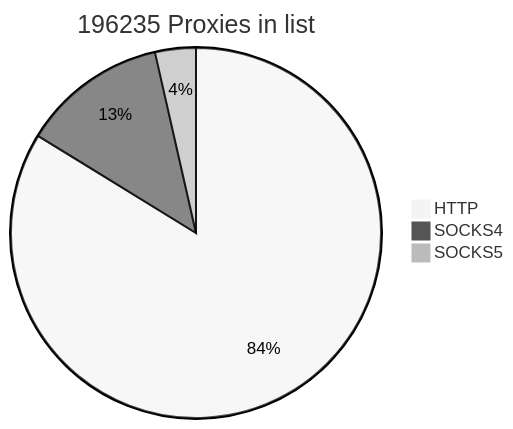
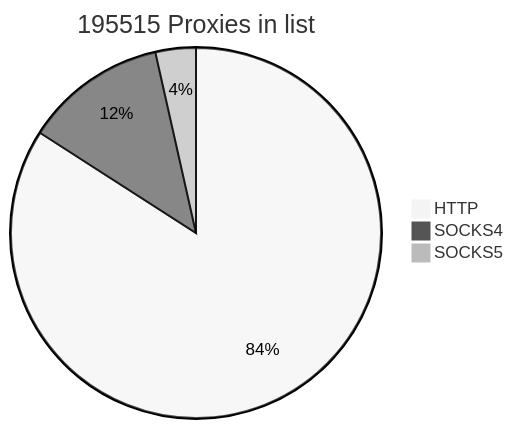
One commit to cutipu/proxylist changed the first of 2 diagrams in README.md. Above: the diagram before and after it, drawn with Mermaid (neutral theme). The commit also changed other lines of this file, not shown here.

````diff
--- a/README.md
+++ b/README.md
@@ -2,7 +2,7 @@
 ```mermaid
-pie title 196235 Proxies in list
-    "HTTP" : 164401
-    "SOCKS4" : 24853
-    "SOCKS5" : 6981
+pie title 195515 Proxies in list
+    "HTTP" : 164405
+    "SOCKS4" : 24220
+    "SOCKS5" : 6890
             
 ```
````
